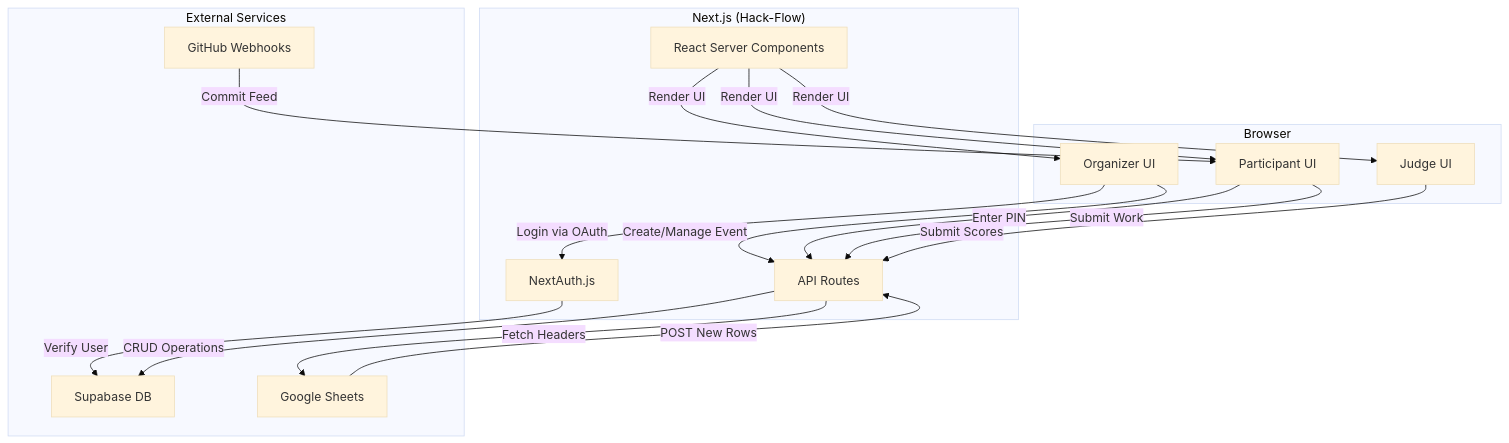
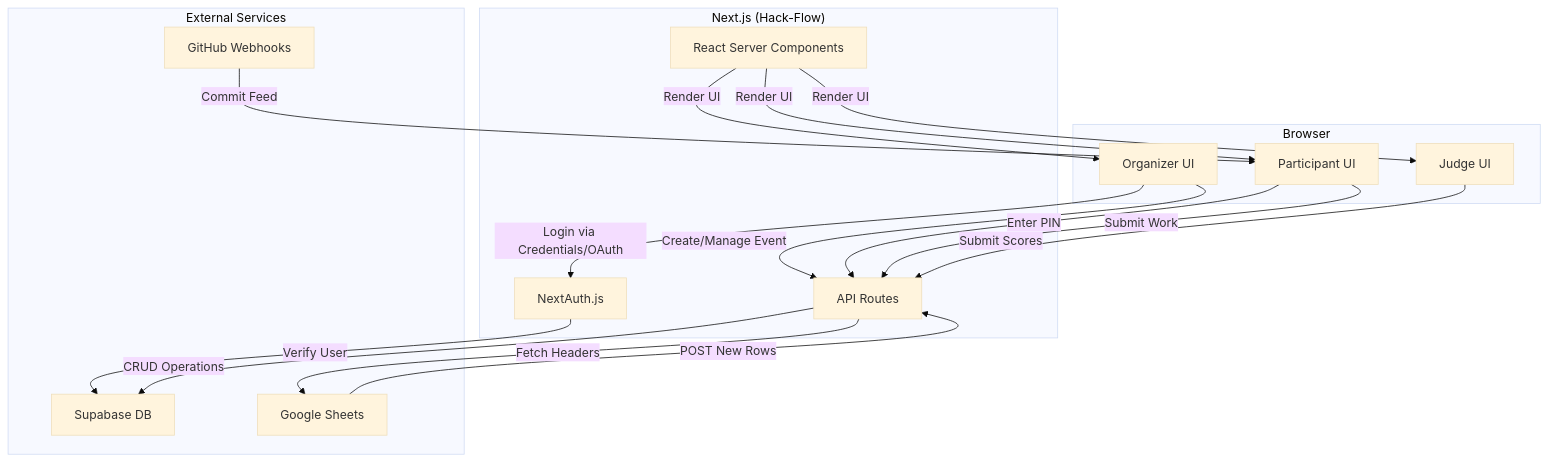
One commit to ShivDev-ops/hack-flow changed the diagram in README.md. Above: the diagram before and after it, drawn with Mermaid (base theme). The commit also changed other lines of this file and 8 other files, not shown here.

Commit message:
auth-flow

````diff
--- a/README.md
+++ b/README.md
@@ -52,37 +52,37 @@
 ```mermaid
 graph TD
     subgraph "Browser"
         A[Organizer UI]
         B[Participant UI]
         C[Judge UI]
     end
 
     subgraph "Next.js (Hack-Flow)"
         D[NextAuth.js]
         E[API Routes]
         F[React Server Components]
     end
 
     subgraph "External Services"
         G[Supabase DB]
         H[Google Sheets]
         I[GitHub Webhooks]
     end
 
-    A -- "Login via OAuth" --> D
+    A -- "Login via Credentials/OAuth" --> D
     A -- "Create/Manage Event" --> E
     B -- "Enter PIN" --> E
     B -- "Submit Work" --> E
     C -- "Submit Scores" --> E
     
     D -- "Verify User" --> G
     E -- "CRUD Operations" --> G
     E -- "Fetch Headers" --> H
     
     F -- "Render UI" --> A
     F -- "Render UI" --> B
     F -- "Render UI" --> C
 
     H -- "POST New Rows" --> E
     I -- "Commit Feed" --> B
 ```
````
